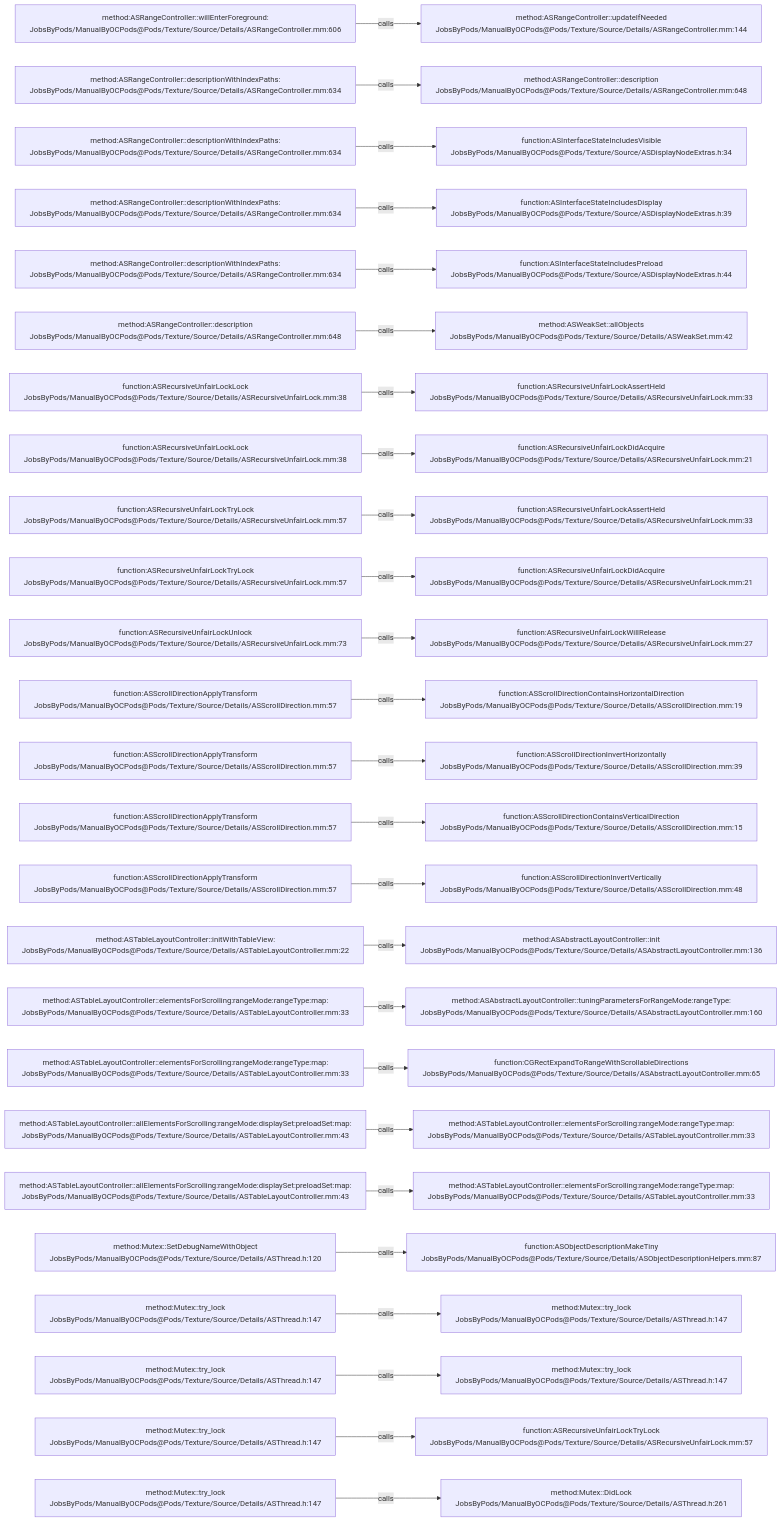
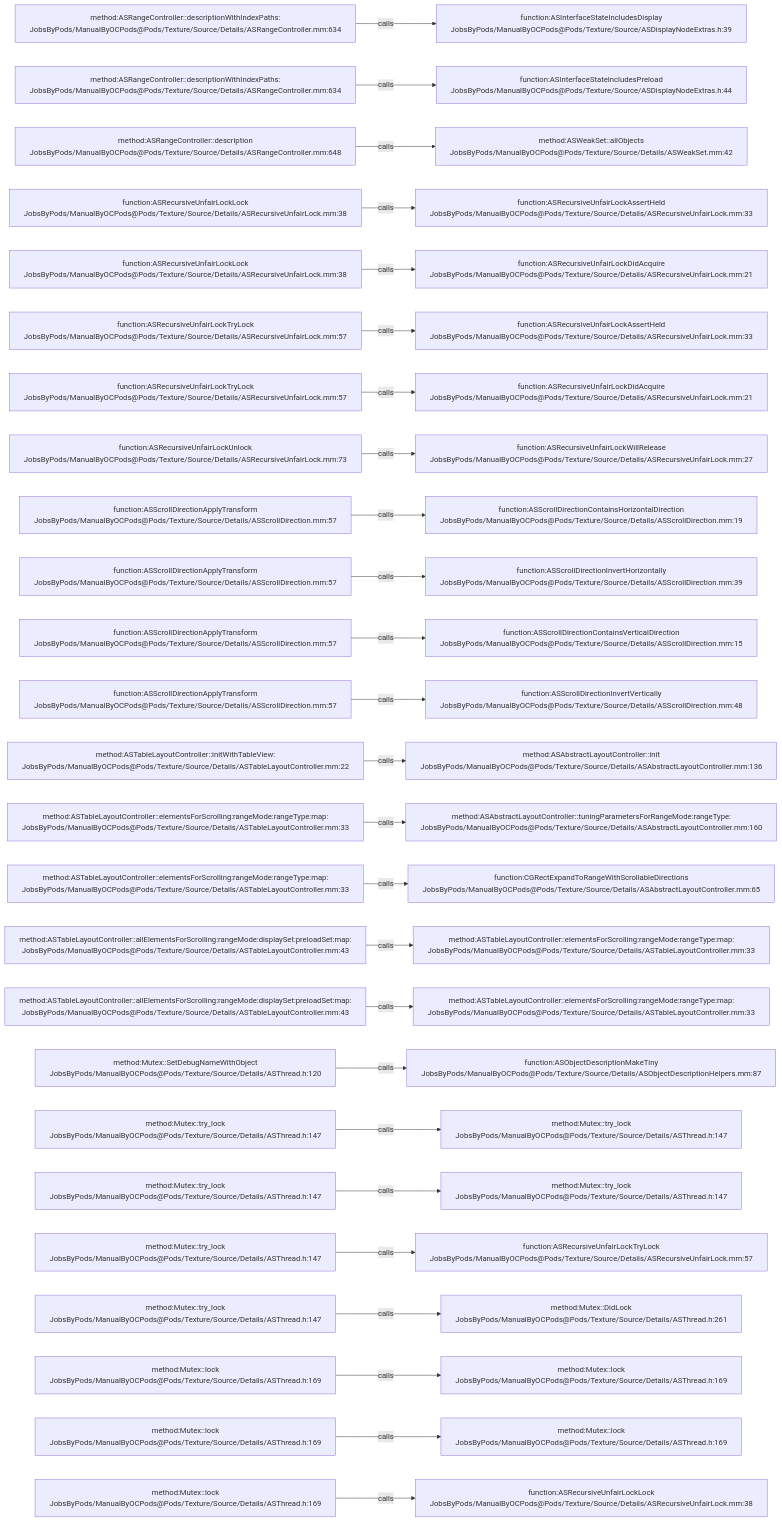
Before and after one commit to JobsKits/JobsOCBaseConfigDemo: the diagram in .codegraph/codegraph.md/graphs/calls-167.md, drawn with Mermaid. The commit also changed 342 other files, not shown here.

````diff
--- a/.codegraph/codegraph.md/graphs/calls-167.md
+++ b/.codegraph/codegraph.md/graphs/calls-167.md
@@ -13,78 +13,78 @@
 ```mermaid
 flowchart LR
-  S1["method:ASRangeController::willEnterForeground:<br/>JobsByPods/ManualByOCPods@Pods/Texture/Source/Details/ASRangeController.mm:606"]
-  T1["method:ASRangeController::updateIfNeeded<br/>JobsByPods/ManualByOCPods@Pods/Texture/Source/Details/ASRangeController.mm:144"]
+  S1["method:ASRangeController::descriptionWithIndexPaths:<br/>JobsByPods/ManualByOCPods@Pods/Texture/Source/Details/ASRangeController.mm:634"]
+  T1["function:ASInterfaceStateIncludesDisplay<br/>JobsByPods/ManualByOCPods@Pods/Texture/Source/ASDisplayNodeExtras.h:39"]
   S1 -->|calls| T1
   S2["method:ASRangeController::descriptionWithIndexPaths:<br/>JobsByPods/ManualByOCPods@Pods/Texture/Source/Details/ASRangeController.mm:634"]
-  T2["method:ASRangeController::description<br/>JobsByPods/ManualByOCPods@Pods/Texture/Source/Details/ASRangeController.mm:648"]
+  T2["function:ASInterfaceStateIncludesPreload<br/>JobsByPods/ManualByOCPods@Pods/Texture/Source/ASDisplayNodeExtras.h:44"]
   S2 -->|calls| T2
-  S3["method:ASRangeController::descriptionWithIndexPaths:<br/>JobsByPods/ManualByOCPods@Pods/Texture/Source/Details/ASRangeController.mm:634"]
-  T3["function:ASInterfaceStateIncludesVisible<br/>JobsByPods/ManualByOCPods@Pods/Texture/Source/ASDisplayNodeExtras.h:34"]
+  S3["method:ASRangeController::description<br/>JobsByPods/ManualByOCPods@Pods/Texture/Source/Details/ASRangeController.mm:648"]
+  T3["method:ASWeakSet::allObjects<br/>JobsByPods/ManualByOCPods@Pods/Texture/Source/Details/ASWeakSet.mm:42"]
   S3 -->|calls| T3
-  S4["method:ASRangeController::descriptionWithIndexPaths:<br/>JobsByPods/ManualByOCPods@Pods/Texture/Source/Details/ASRangeController.mm:634"]
-  T4["function:ASInterfaceStateIncludesDisplay<br/>JobsByPods/ManualByOCPods@Pods/Texture/Source/ASDisplayNodeExtras.h:39"]
+  S4["function:ASRecursiveUnfairLockLock<br/>JobsByPods/ManualByOCPods@Pods/Texture/Source/Details/ASRecursiveUnfairLock.mm:38"]
+  T4["function:ASRecursiveUnfairLockAssertHeld<br/>JobsByPods/ManualByOCPods@Pods/Texture/Source/Details/ASRecursiveUnfairLock.mm:33"]
   S4 -->|calls| T4
-  S5["method:ASRangeController::descriptionWithIndexPaths:<br/>JobsByPods/ManualByOCPods@Pods/Texture/Source/Details/ASRangeController.mm:634"]
-  T5["function:ASInterfaceStateIncludesPreload<br/>JobsByPods/ManualByOCPods@Pods/Texture/Source/ASDisplayNodeExtras.h:44"]
+  S5["function:ASRecursiveUnfairLockLock<br/>JobsByPods/ManualByOCPods@Pods/Texture/Source/Details/ASRecursiveUnfairLock.mm:38"]
+  T5["function:ASRecursiveUnfairLockDidAcquire<br/>JobsByPods/ManualByOCPods@Pods/Texture/Source/Details/ASRecursiveUnfairLock.mm:21"]
   S5 -->|calls| T5
-  S6["method:ASRangeController::description<br/>JobsByPods/ManualByOCPods@Pods/Texture/Source/Details/ASRangeController.mm:648"]
-  T6["method:ASWeakSet::allObjects<br/>JobsByPods/ManualByOCPods@Pods/Texture/Source/Details/ASWeakSet.mm:42"]
+  S6["function:ASRecursiveUnfairLockTryLock<br/>JobsByPods/ManualByOCPods@Pods/Texture/Source/Details/ASRecursiveUnfairLock.mm:57"]
+  T6["function:ASRecursiveUnfairLockAssertHeld<br/>JobsByPods/ManualByOCPods@Pods/Texture/Source/Details/ASRecursiveUnfairLock.mm:33"]
   S6 -->|calls| T6
-  S7["function:ASRecursiveUnfairLockLock<br/>JobsByPods/ManualByOCPods@Pods/Texture/Source/Details/ASRecursiveUnfairLock.mm:38"]
-  T7["function:ASRecursiveUnfairLockAssertHeld<br/>JobsByPods/ManualByOCPods@Pods/Texture/Source/Details/ASRecursiveUnfairLock.mm:33"]
+  S7["function:ASRecursiveUnfairLockTryLock<br/>JobsByPods/ManualByOCPods@Pods/Texture/Source/Details/ASRecursiveUnfairLock.mm:57"]
+  T7["function:ASRecursiveUnfairLockDidAcquire<br/>JobsByPods/ManualByOCPods@Pods/Texture/Source/Details/ASRecursiveUnfairLock.mm:21"]
   S7 -->|calls| T7
-  S8["function:ASRecursiveUnfairLockLock<br/>JobsByPods/ManualByOCPods@Pods/Texture/Source/Details/ASRecursiveUnfairLock.mm:38"]
-  T8["function:ASRecursiveUnfairLockDidAcquire<br/>JobsByPods/ManualByOCPods@Pods/Texture/Source/Details/ASRecursiveUnfairLock.mm:21"]
+  S8["function:ASRecursiveUnfairLockUnlock<br/>JobsByPods/ManualByOCPods@Pods/Texture/Source/Details/ASRecursiveUnfairLock.mm:73"]
+  T8["function:ASRecursiveUnfairLockWillRelease<br/>JobsByPods/ManualByOCPods@Pods/Texture/Source/Details/ASRecursiveUnfairLock.mm:27"]
   S8 -->|calls| T8
-  S9["function:ASRecursiveUnfairLockTryLock<br/>JobsByPods/ManualByOCPods@Pods/Texture/Source/Details/ASRecursiveUnfairLock.mm:57"]
-  T9["function:ASRecursiveUnfairLockAssertHeld<br/>JobsByPods/ManualByOCPods@Pods/Texture/Source/Details/ASRecursiveUnfairLock.mm:33"]
+  S9["function:ASScrollDirectionApplyTransform<br/>JobsByPods/ManualByOCPods@Pods/Texture/Source/Details/ASScrollDirection.mm:57"]
+  T9["function:ASScrollDirectionContainsHorizontalDirection<br/>JobsByPods/ManualByOCPods@Pods/Texture/Source/Details/ASScrollDirection.mm:19"]
   S9 -->|calls| T9
-  S10["function:ASRecursiveUnfairLockTryLock<br/>JobsByPods/ManualByOCPods@Pods/Texture/Source/Details/ASRecursiveUnfairLock.mm:57"]
-  T10["function:ASRecursiveUnfairLockDidAcquire<br/>JobsByPods/ManualByOCPods@Pods/Texture/Source/Details/ASRecursiveUnfairLock.mm:21"]
+  S10["function:ASScrollDirectionApplyTransform<br/>JobsByPods/ManualByOCPods@Pods/Texture/Source/Details/ASScrollDirection.mm:57"]
+  T10["function:ASScrollDirectionInvertHorizontally<br/>JobsByPods/ManualByOCPods@Pods/Texture/Source/Details/ASScrollDirection.mm:39"]
   S10 -->|calls| T10
-  S11["function:ASRecursiveUnfairLockUnlock<br/>JobsByPods/ManualByOCPods@Pods/Texture/Source/Details/ASRecursiveUnfairLock.mm:73"]
-  T11["function:ASRecursiveUnfairLockWillRelease<br/>JobsByPods/ManualByOCPods@Pods/Texture/Source/Details/ASRecursiveUnfairLock.mm:27"]
+  S11["function:ASScrollDirectionApplyTransform<br/>JobsByPods/ManualByOCPods@Pods/Texture/Source/Details/ASScrollDirection.mm:57"]
+  T11["function:ASScrollDirectionContainsVerticalDirection<br/>JobsByPods/ManualByOCPods@Pods/Texture/Source/Details/ASScrollDirection.mm:15"]
   S11 -->|calls| T11
   S12["function:ASScrollDirectionApplyTransform<br/>JobsByPods/ManualByOCPods@Pods/Texture/Source/Details/ASScrollDirection.mm:57"]
-  T12["function:ASScrollDirectionContainsHorizontalDirection<br/>JobsByPods/ManualByOCPods@Pods/Texture/Source/Details/ASScrollDirection.mm:19"]
+  T12["function:ASScrollDirectionInvertVertically<br/>JobsByPods/ManualByOCPods@Pods/Texture/Source/Details/ASScrollDirection.mm:48"]
   S12 -->|calls| T12
-  S13["function:ASScrollDirectionApplyTransform<br/>JobsByPods/ManualByOCPods@Pods/Texture/Source/Details/ASScrollDirection.mm:57"]
-  T13["function:ASScrollDirectionInvertHorizontally<br/>JobsByPods/ManualByOCPods@Pods/Texture/Source/Details/ASScrollDirection.mm:39"]
+  S13["method:ASTableLayoutController::initWithTableView:<br/>JobsByPods/ManualByOCPods@Pods/Texture/Source/Details/ASTableLayoutController.mm:22"]
+  T13["method:ASAbstractLayoutController::init<br/>JobsByPods/ManualByOCPods@Pods/Texture/Source/Details/ASAbstractLayoutController.mm:136"]
   S13 -->|calls| T13
-  S14["function:ASScrollDirectionApplyTransform<br/>JobsByPods/ManualByOCPods@Pods/Texture/Source/Details/ASScrollDirection.mm:57"]
-  T14["function:ASScrollDirectionContainsVerticalDirection<br/>JobsByPods/ManualByOCPods@Pods/Texture/Source/Details/ASScrollDirection.mm:15"]
+  S14["method:ASTableLayoutController::elementsForScrolling:rangeMode:rangeType:map:<br/>JobsByPods/ManualByOCPods@Pods/Texture/Source/Details/ASTableLayoutController.mm:33"]
+  T14["method:ASAbstractLayoutController::tuningParametersForRangeMode:rangeType:<br/>JobsByPods/ManualByOCPods@Pods/Texture/Source/Details/ASAbstractLayoutController.mm:160"]
   S14 -->|calls| T14
-  S15["function:ASScrollDirectionApplyTransform<br/>JobsByPods/ManualByOCPods@Pods/Texture/Source/Details/ASScrollDirection.mm:57"]
-  T15["function:ASScrollDirectionInvertVertically<br/>JobsByPods/ManualByOCPods@Pods/Texture/Source/Details/ASScrollDirection.mm:48"]
+  S15["method:ASTableLayoutController::elementsForScrolling:rangeMode:rangeType:map:<br/>JobsByPods/ManualByOCPods@Pods/Texture/Source/Details/ASTableLayoutController.mm:33"]
+  T15["function:CGRectExpandToRangeWithScrollableDirections<br/>JobsByPods/ManualByOCPods@Pods/Texture/Source/Details/ASAbstractLayoutController.mm:65"]
   S15 -->|calls| T15
-  S16["method:ASTableLayoutController::initWithTableView:<br/>JobsByPods/ManualByOCPods@Pods/Texture/Source/Details/ASTableLayoutController.mm:22"]
-  T16["method:ASAbstractLayoutController::init<br/>JobsByPods/ManualByOCPods@Pods/Texture/Source/Details/ASAbstractLayoutController.mm:136"]
+  S16["method:ASTableLayoutController::allElementsForScrolling:rangeMode:displaySet:preloadSet:map:<br/>JobsByPods/ManualByOCPods@Pods/Texture/Source/Details/ASTableLayoutController.mm:43"]
+  T16["method:ASTableLayoutController::elementsForScrolling:rangeMode:rangeType:map:<br/>JobsByPods/ManualByOCPods@Pods/Texture/Source/Details/ASTableLayoutController.mm:33"]
   S16 -->|calls| T16
-  S17["method:ASTableLayoutController::elementsForScrolling:rangeMode:rangeType:map:<br/>JobsByPods/ManualByOCPods@Pods/Texture/Source/Details/ASTableLayoutController.mm:33"]
-  T17["method:ASAbstractLayoutController::tuningParametersForRangeMode:rangeType:<br/>JobsByPods/ManualByOCPods@Pods/Texture/Source/Details/ASAbstractLayoutController.mm:160"]
+  S17["method:ASTableLayoutController::allElementsForScrolling:rangeMode:displaySet:preloadSet:map:<br/>JobsByPods/ManualByOCPods@Pods/Texture/Source/Details/ASTableLayoutController.mm:43"]
+  T17["method:ASTableLayoutController::elementsForScrolling:rangeMode:rangeType:map:<br/>JobsByPods/ManualByOCPods@Pods/Texture/Source/Details/ASTableLayoutController.mm:33"]
   S17 -->|calls| T17
-  S18["method:ASTableLayoutController::elementsForScrolling:rangeMode:rangeType:map:<br/>JobsByPods/ManualByOCPods@Pods/Texture/Source/Details/ASTableLayoutController.mm:33"]
-  T18["function:CGRectExpandToRangeWithScrollableDirections<br/>JobsByPods/ManualByOCPods@Pods/Texture/Source/Details/ASAbstractLayoutController.mm:65"]
+  S18["method:Mutex::SetDebugNameWithObject<br/>JobsByPods/ManualByOCPods@Pods/Texture/Source/Details/ASThread.h:120"]
+  T18["function:ASObjectDescriptionMakeTiny<br/>JobsByPods/ManualByOCPods@Pods/Texture/Source/Details/ASObjectDescriptionHelpers.mm:87"]
   S18 -->|calls| T18
-  S19["method:ASTableLayoutController::allElementsForScrolling:rangeMode:displaySet:preloadSet:map:<br/>JobsByPods/ManualByOCPods@Pods/Texture/Source/Details/ASTableLayoutController.mm:43"]
-  T19["method:ASTableLayoutController::elementsForScrolling:rangeMode:rangeType:map:<br/>JobsByPods/ManualByOCPods@Pods/Texture/Source/Details/ASTableLayoutController.mm:33"]
+  S19["method:Mutex::try_lock<br/>JobsByPods/ManualByOCPods@Pods/Texture/Source/Details/ASThread.h:147"]
+  T19["method:Mutex::try_lock<br/>JobsByPods/ManualByOCPods@Pods/Texture/Source/Details/ASThread.h:147"]
   S19 -->|calls| T19
-  S20["method:ASTableLayoutController::allElementsForScrolling:rangeMode:displaySet:preloadSet:map:<br/>JobsByPods/ManualByOCPods@Pods/Texture/Source/Details/ASTableLayoutController.mm:43"]
-  T20["method:ASTableLayoutController::elementsForScrolling:rangeMode:rangeType:map:<br/>JobsByPods/ManualByOCPods@Pods/Texture/Source/Details/ASTableLayoutController.mm:33"]
+  S20["method:Mutex::try_lock<br/>JobsByPods/ManualByOCPods@Pods/Texture/Source/Details/ASThread.h:147"]
+  T20["method:Mutex::try_lock<br/>JobsByPods/ManualByOCPods@Pods/Texture/Source/Details/ASThread.h:147"]
   S20 -->|calls| T20
-  S21["method:Mutex::SetDebugNameWithObject<br/>JobsByPods/ManualByOCPods@Pods/Texture/Source/Details/ASThread.h:120"]
-  T21["function:ASObjectDescriptionMakeTiny<br/>JobsByPods/ManualByOCPods@Pods/Texture/Source/Details/ASObjectDescriptionHelpers.mm:87"]
+  S21["method:Mutex::try_lock<br/>JobsByPods/ManualByOCPods@Pods/Texture/Source/Details/ASThread.h:147"]
+  T21["function:ASRecursiveUnfairLockTryLock<br/>JobsByPods/ManualByOCPods@Pods/Texture/Source/Details/ASRecursiveUnfairLock.mm:57"]
   S21 -->|calls| T21
   S22["method:Mutex::try_lock<br/>JobsByPods/ManualByOCPods@Pods/Texture/Source/Details/ASThread.h:147"]
-  T22["method:Mutex::try_lock<br/>JobsByPods/ManualByOCPods@Pods/Texture/Source/Details/ASThread.h:147"]
+  T22["method:Mutex::DidLock<br/>JobsByPods/ManualByOCPods@Pods/Texture/Source/Details/ASThread.h:261"]
   S22 -->|calls| T22
-  S23["method:Mutex::try_lock<br/>JobsByPods/ManualByOCPods@Pods/Texture/Source/Details/ASThread.h:147"]
-  T23["method:Mutex::try_lock<br/>JobsByPods/ManualByOCPods@Pods/Texture/Source/Details/ASThread.h:147"]
+  S23["method:Mutex::lock<br/>JobsByPods/ManualByOCPods@Pods/Texture/Source/Details/ASThread.h:169"]
+  T23["method:Mutex::lock<br/>JobsByPods/ManualByOCPods@Pods/Texture/Source/Details/ASThread.h:169"]
   S23 -->|calls| T23
-  S24["method:Mutex::try_lock<br/>JobsByPods/ManualByOCPods@Pods/Texture/Source/Details/ASThread.h:147"]
-  T24["function:ASRecursiveUnfairLockTryLock<br/>JobsByPods/ManualByOCPods@Pods/Texture/Source/Details/ASRecursiveUnfairLock.mm:57"]
+  S24["method:Mutex::lock<br/>JobsByPods/ManualByOCPods@Pods/Texture/Source/Details/ASThread.h:169"]
+  T24["method:Mutex::lock<br/>JobsByPods/ManualByOCPods@Pods/Texture/Source/Details/ASThread.h:169"]
   S24 -->|calls| T24
-  S25["method:Mutex::try_lock<br/>JobsByPods/ManualByOCPods@Pods/Texture/Source/Details/ASThread.h:147"]
-  T25["method:Mutex::DidLock<br/>JobsByPods/ManualByOCPods@Pods/Texture/Source/Details/ASThread.h:261"]
+  S25["method:Mutex::lock<br/>JobsByPods/ManualByOCPods@Pods/Texture/Source/Details/ASThread.h:169"]
+  T25["function:ASRecursiveUnfairLockLock<br/>JobsByPods/ManualByOCPods@Pods/Texture/Source/Details/ASRecursiveUnfairLock.mm:38"]
   S25 -->|calls| T25
 ```
````
